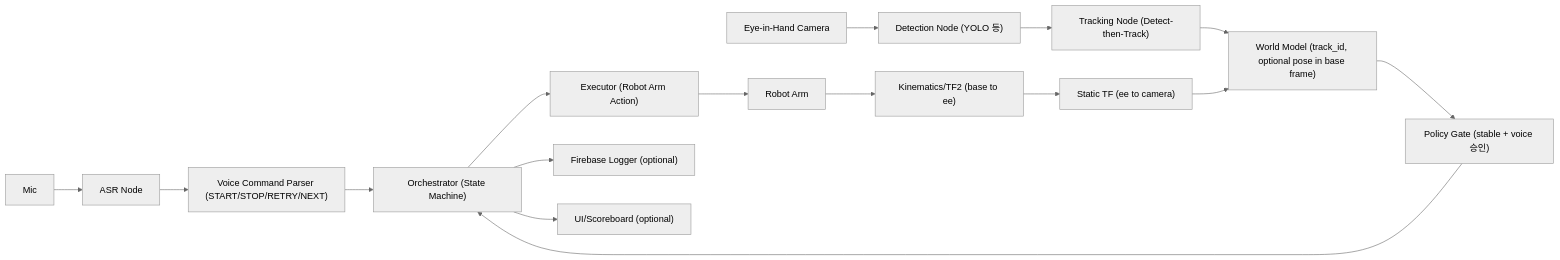
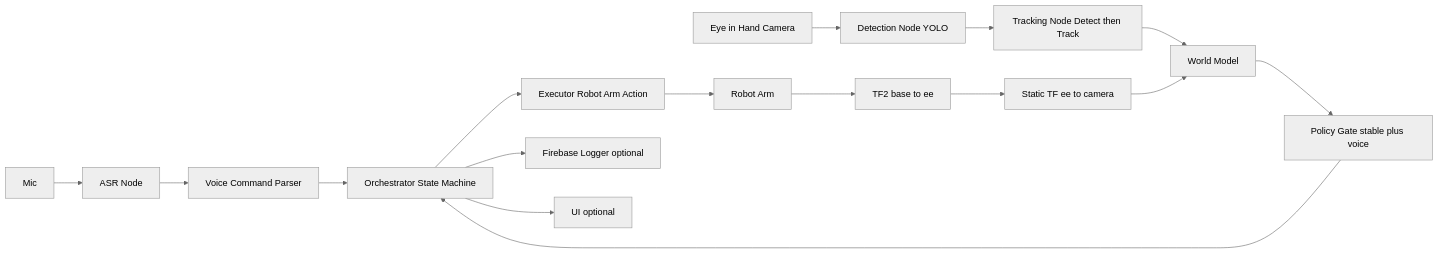
Before and after one commit to June2December/COBOT: the first of 2 diagrams in README.md, drawn with Mermaid (neutral theme).

Commit message:
Refine architecture diagram labels in README

````diff
--- a/README.md
+++ b/README.md
@@ -30,23 +30,23 @@
 ```mermaid
 flowchart LR
   MIC[Mic] --> ASR[ASR Node]
-  ASR --> CMD["Voice Command Parser (START/STOP/RETRY/NEXT)"]
+  ASR --> CMD[Voice Command Parser]
 
-  ARM[Robot Arm] --> KIN["Kinematics/TF2 (base to ee)"]
-  KIN --> TF["Static TF (ee to camera)"]
+  ARM[Robot Arm] --> KIN[TF2 base to ee]
+  KIN --> TF[Static TF ee to camera]
 
-  CAM[Eye-in-Hand Camera] --> DET["Detection Node (YOLO 등)"]
-  DET --> TRK["Tracking Node (Detect-then-Track)"]
-  TRK --> WM["World Model (track_id, optional pose in base frame)"]
+  CAM[Eye in Hand Camera] --> DET[Detection Node YOLO]
+  DET --> TRK[Tracking Node Detect then Track]
+  TRK --> WM[World Model]
 
   TF --> WM
-  WM --> GATE["Policy Gate (stable + voice 승인)"]
-  CMD --> ORCH["Orchestrator (State Machine)"]
+  WM --> GATE[Policy Gate stable plus voice]
+  CMD --> ORCH[Orchestrator State Machine]
   GATE --> ORCH
 
-  ORCH --> EXEC["Executor (Robot Arm Action)"]
+  ORCH --> EXEC[Executor Robot Arm Action]
   EXEC --> ARM
 
-  ORCH --> FB["Firebase Logger (optional)"]
-  ORCH --> UI["UI/Scoreboard (optional)"]
+  ORCH --> FB[Firebase Logger optional]
+  ORCH --> UI[UI optional]
 ```
````
